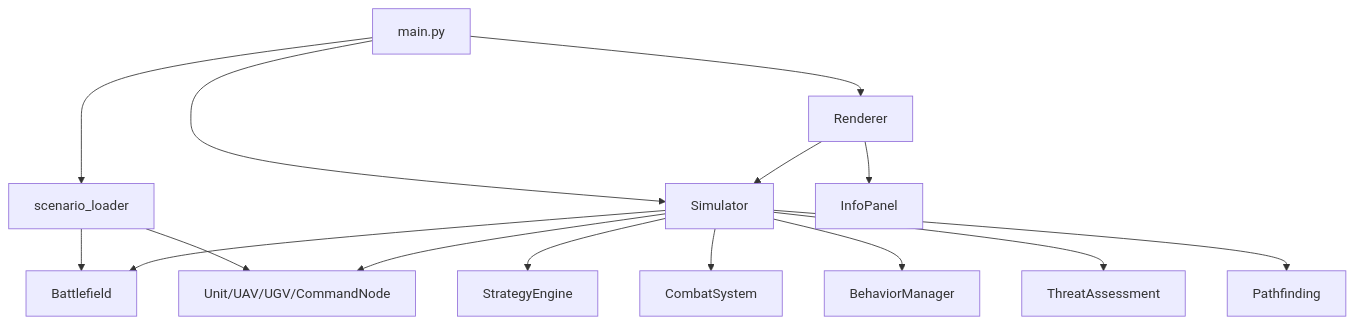
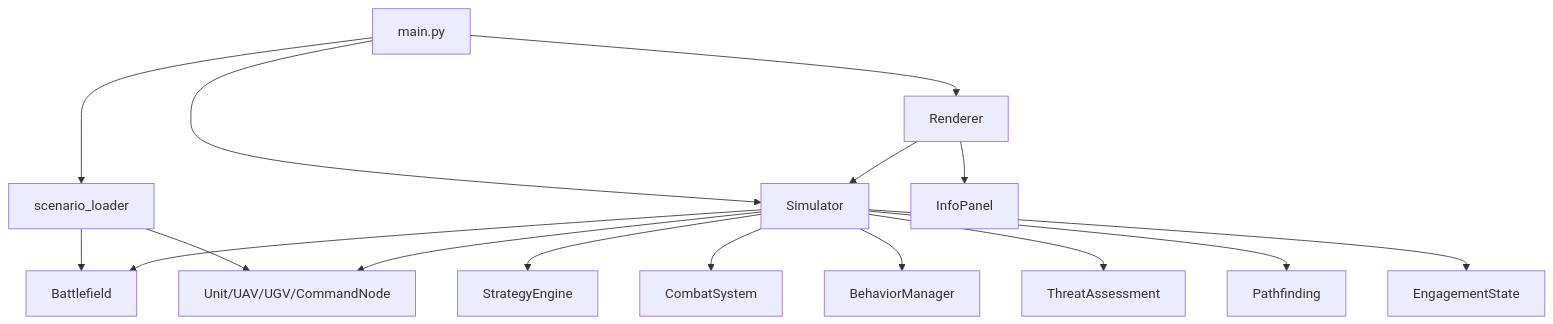
One commit to genfa-bit/UAV_WarGame changed the first of 4 diagrams in docs/概要设计.md. Above: the diagram before and after it, drawn with Mermaid. The commit also changed other lines of this file and 15 other files, not shown here.

````diff
--- a/docs/概要设计.md
+++ b/docs/概要设计.md
@@ -14,17 +14,18 @@
 ```mermaid
 flowchart TB
     Main[main.py] --> Loader[scenario_loader]
     Loader --> Battlefield[Battlefield]
     Loader --> Units[Unit/UAV/UGV/CommandNode]
     Main --> Simulator[Simulator]
     Simulator --> Strategy[StrategyEngine]
     Simulator --> Combat[CombatSystem]
     Simulator --> Behavior[BehaviorManager]
     Simulator --> Threat[ThreatAssessment]
     Simulator --> Pathfinding[Pathfinding]
+    Simulator --> Engagement[EngagementState]
     Simulator --> Battlefield
     Simulator --> Units
     Main --> Renderer[Renderer]
     Renderer --> Panel[InfoPanel]
     Renderer --> Simulator
 ```
````
